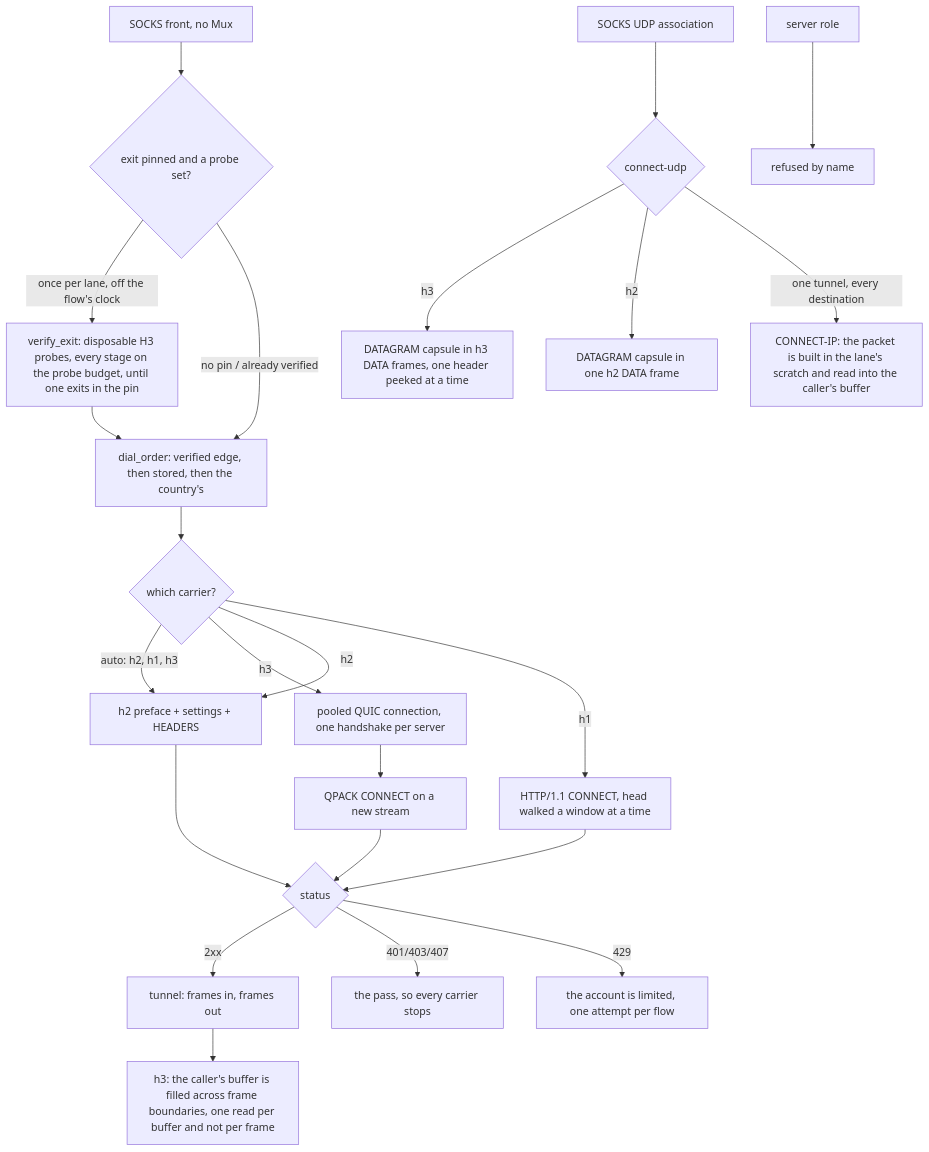
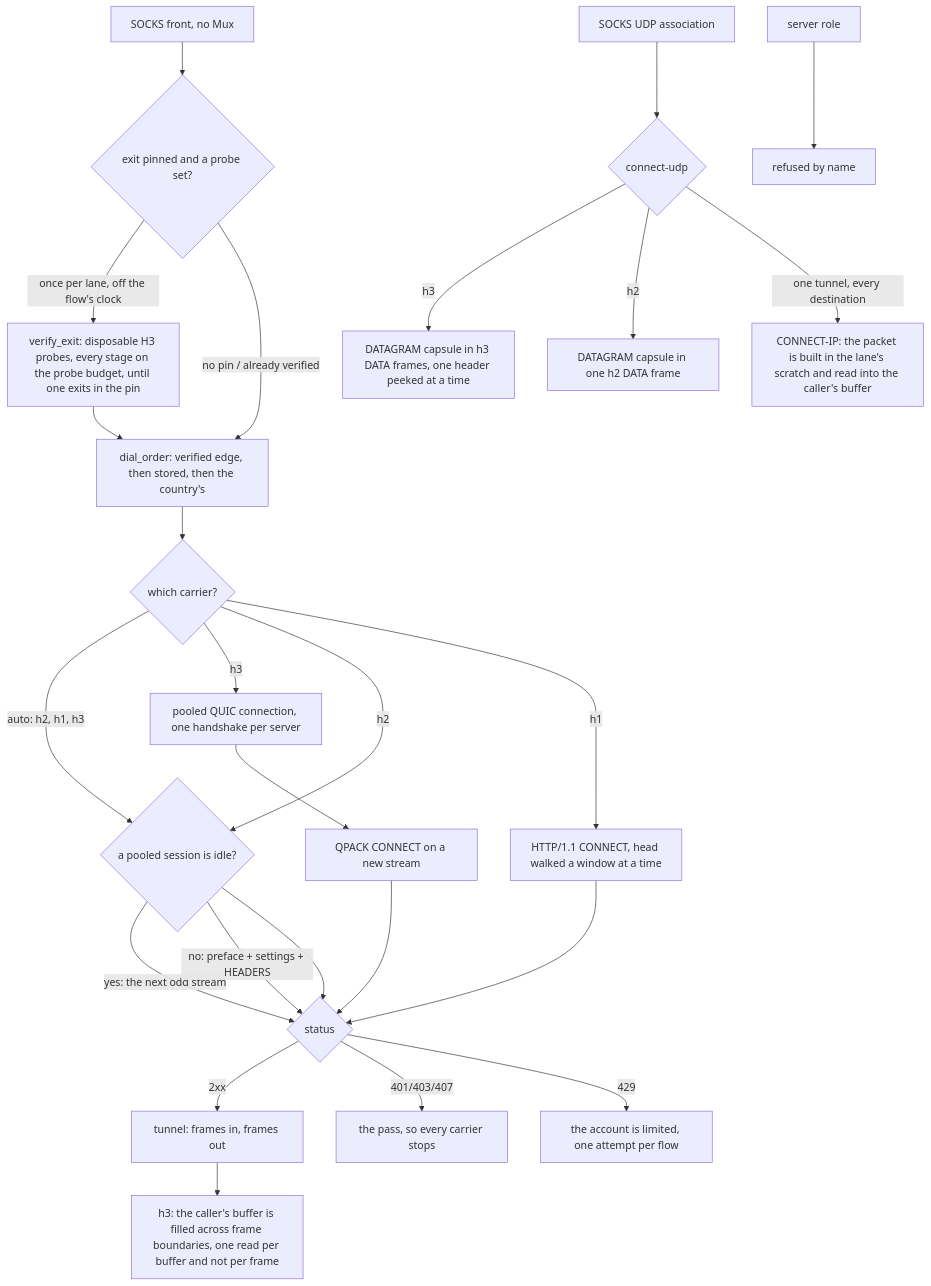
One commit to Ferrocite/ferrox changed the diagram in docs/function/carrier-foxy.md. Above: the diagram before and after it, drawn with Mermaid. The commit also changed other lines of this file and 4 other files, not shown here.

````diff
--- a/docs/function/carrier-foxy.md
+++ b/docs/function/carrier-foxy.md
@@ -20,25 +20,27 @@
 ```mermaid
 graph TD
     S["SOCKS front, no Mux"] --> V{"exit pinned and a probe set?"}
     V -- "once per lane, off the flow's clock" --> P["verify_exit: disposable H3 probes, every stage on the probe budget, until one exits in the pin"]
     P --> O["dial_order: verified edge, then stored, then the country's"]
     V -- "no pin / already verified" --> O
     O --> T{"which carrier?"}
     T -- "auto: h2, h1, h3" --> G
     T -- h3 --> Pq["pooled QUIC connection, one handshake per server"]
     Pq --> H["QPACK CONNECT on a new stream"]
-    T -- h2 --> G["h2 preface + settings + HEADERS"]
+    T -- h2 --> G{"a pooled session is idle?"}
+    G -- "yes: the next odd stream" --> R
+    G -- "no: preface + settings + HEADERS" --> R
     T -- h1 --> L["HTTP/1.1 CONNECT, head walked a window at a time"]
     H --> R{"status"}
     G --> R
     L --> R
     R -- 2xx --> D["tunnel: frames in, frames out"]
     D --> D2["h3: the caller's buffer is filled across frame boundaries, one read per buffer and not per frame"]
     R -- 401/403/407 --> X["the pass, so every carrier stops"]
     R -- 429 --> Y["the account is limited, one attempt per flow"]
     U["SOCKS UDP association"] --> Q{"connect-udp"}
     Q -- h3 --> C["DATAGRAM capsule in h3 DATA frames, one header peeked at a time"]
     Q -- h2 --> E["DATAGRAM capsule in one h2 DATA frame"]
     Q -- "one tunnel, every destination" --> I["CONNECT-IP: the packet is built in the lane's scratch and read into the caller's buffer"]
     H2S["server role"] --> N["refused by name"]
 ```
````
